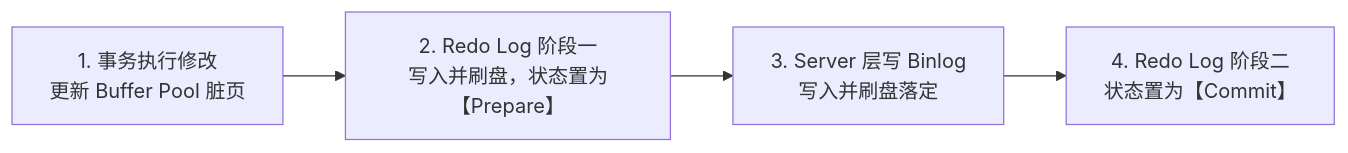
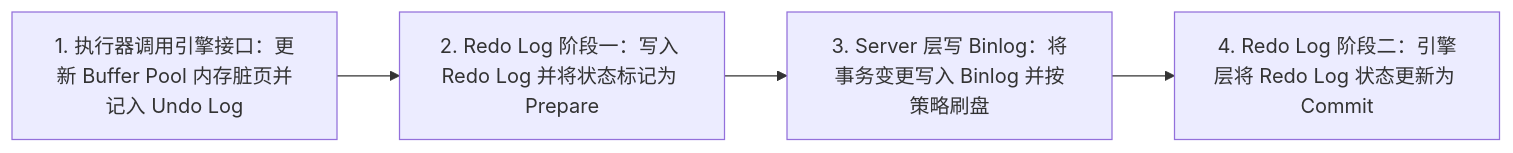
Before and after one commit to GuoWWWX/knowledge-base: the first of 4 diagrams in 20-Java后端/05-数据库与存储/02-事务与隔离级别.md, drawn with Mermaid. The commit also changed other lines of this file and 251 other files, not shown here.

````diff
--- a/20-Java后端/05-数据库与存储/02-事务与隔离级别.md
+++ b/20-Java后端/05-数据库与存储/02-事务与隔离级别.md
@@ -44,6 +50,6 @@
 ```mermaid
 flowchart LR
-    Update["1. 事务执行修改<br/>更新 Buffer Pool 脏页"] --> Prep["2. Redo Log 阶段一<br/>写入并刷盘，状态置为【Prepare】"]
-    Prep --> Bin["3. Server 层写 Binlog<br/>写入并刷盘落定"]
-    Bin --> Commit["4. Redo Log 阶段二<br/>状态置为【Commit】"]
+    Update["1. 执行器调用引擎接口：更新 Buffer Pool 内存脏页并记入 Undo Log"] --> Prep["2. Redo Log 阶段一：写入 Redo Log 并将状态标记为 Prepare"]
+    Prep --> Bin["3. Server 层写 Binlog：将事务变更写入 Binlog 并按策略刷盘"]
+    Bin --> Commit["4. Redo Log 阶段二：引擎层将 Redo Log 状态更新为 Commit"]
 ```
````
